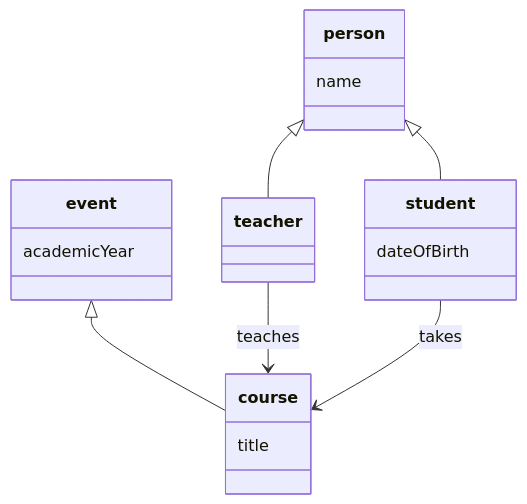
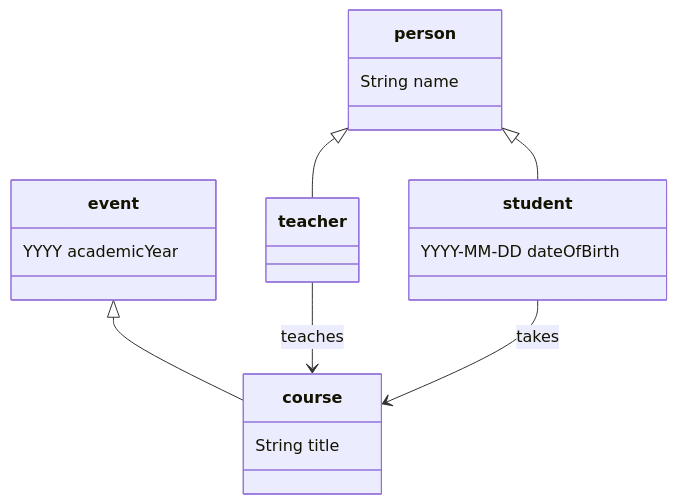
One commit to conmaol/maglocunus changed the first of 3 diagrams in d/data_model.md. Above: the diagram before and after it, drawn with Mermaid. The commit also changed other lines of this file, not shown here.

First line of the commit message:
Enhance data model documentation and diagrams

````diff
--- a/d/data_model.md
+++ b/d/data_model.md
@@ -32,16 +32,16 @@
 ```mermaid
 classDiagram
     person <|-- student
     person <|-- teacher
-    class person { name }
-    class student { dateOfBirth }
+    class person { String name }
+    class student { YYYY-MM-DD dateOfBirth }
     event <|-- course
     class event {
-        academicYear
+        YYYY academicYear
     }
     class course {
-        title
+        String title
     }
     teacher --> course : teaches
     student --> course : takes
 ```
````
